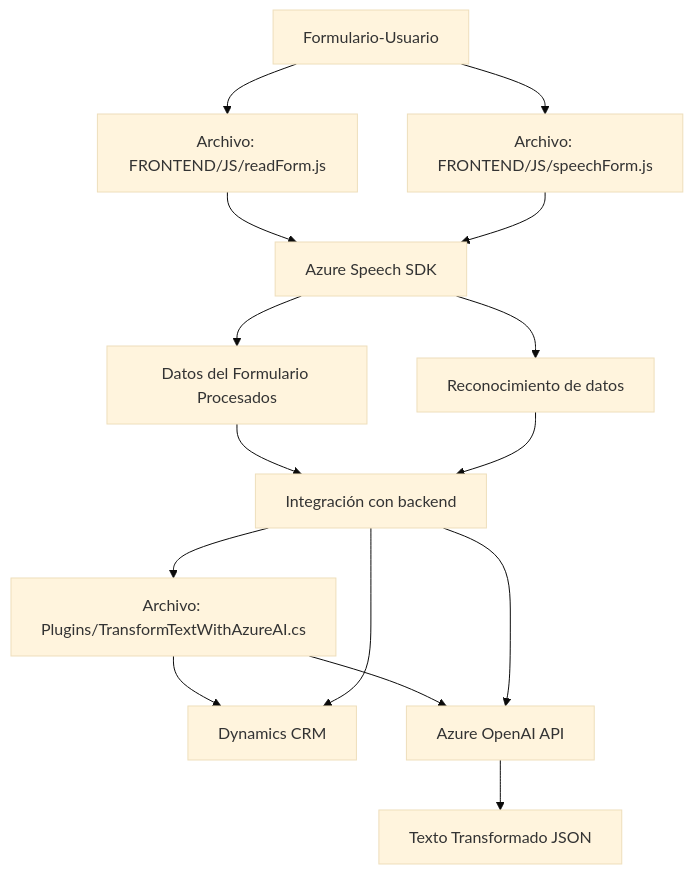
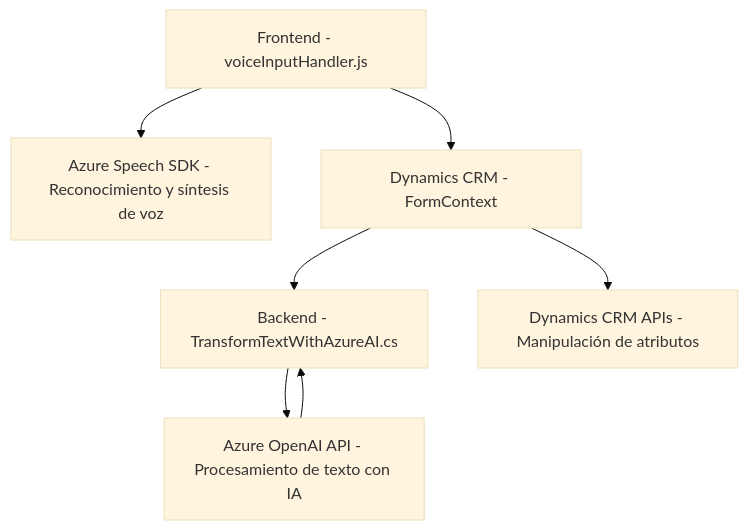
One commit to blopezdm/NETCORE_BILBAO2025 changed the diagram in README.md. Above: the diagram before and after it, drawn with Mermaid (base theme). The commit also changed other lines of this file, not shown here.

Commit message:
Actualizar análisis global de la solución con IA

````diff
--- a/README.md
+++ b/README.md
@@ -36,17 +42,9 @@
 ```mermaid
 graph TD
-    A["Formulario-Usuario"] --> B["Archivo: FRONTEND/JS/readForm.js"]
-    A["Formulario-Usuario"] --> C["Archivo: FRONTEND/JS/speechForm.js"]
-    B["Archivo: FRONTEND/JS/readForm.js"] --> D["Azure Speech SDK"]
-    C["Archivo: FRONTEND/JS/speechForm.js"] --> D["Azure Speech SDK"]
-    D["Azure Speech SDK"] --> E["Datos del Formulario Procesados"]
-    E["Datos del Formulario Procesados"] --> F["Integración con backend"]
-    F["Integración con backend"] --> G["Archivo: Plugins/TransformTextWithAzureAI.cs"]
-    G["Archivo: Plugins/TransformTextWithAzureAI.cs"] --> H["Dynamics CRM"]
-    G["Archivo: Plugins/TransformTextWithAzureAI.cs"] --> I["Azure OpenAI API"]
-    I["Azure OpenAI API"] --> J["Texto Transformado JSON"]
-    D --> K["Reconocimiento de datos"]
-    K --> F["Integración con backend"]
-    F --> H
-    F --> I
+    A["Frontend - voiceInputHandler.js"] --> B["Azure Speech SDK - Reconocimiento y síntesis de voz"]
+    A --> C["Dynamics CRM - FormContext"]
+    C --> D["Backend - TransformTextWithAzureAI.cs"]
+    D --> F["Azure OpenAI API - Procesamiento de texto con IA"]
+    C --> E["Dynamics CRM APIs - Manipulación de atributos"]
+    F --> D
 ```
````
